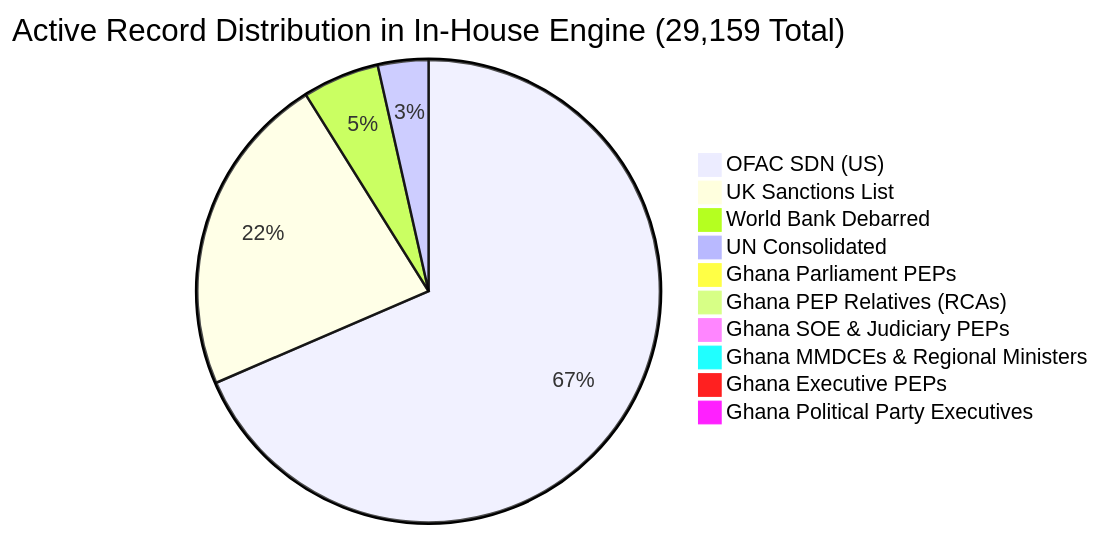
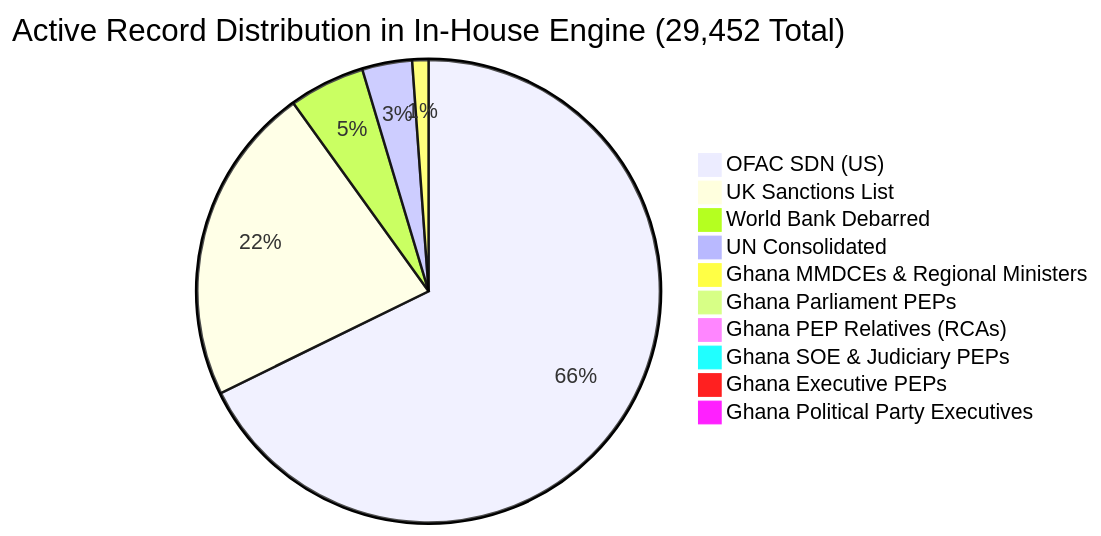
The first of 4 diagrams in SCREENING_MODULE_PRESENTATION.md (Kwasi-itc/New-fraud-system), drawn with Mermaid before and after one commit. The commit also changed other lines of this file and 4 other files, not shown here.

Commit message:
feat(screening): expand subnational PEPs to all 261 MMDCEs across Ghana

````diff
--- a/SCREENING_MODULE_PRESENTATION.md
+++ b/SCREENING_MODULE_PRESENTATION.md
@@ -53,13 +53,13 @@
 ```mermaid
-pie title Active Record Distribution in In-House Engine (29,159 Total)
+pie title Active Record Distribution in In-House Engine (29,452 Total)
     "OFAC SDN (US)" : 19565
     "UK Sanctions List" : 6449
     "World Bank Debarred" : 1530
     "UN Consolidated" : 1007
+    "Ghana MMDCEs & Regional Ministers" : 328
     "Ghana Parliament PEPs" : 278
     "Ghana PEP Relatives (RCAs)" : 190
     "Ghana SOE & Judiciary PEPs" : 50
-    "Ghana MMDCEs & Regional Ministers" : 35
     "Ghana Executive PEPs" : 30
     "Ghana Political Party Executives" : 25
 ```
````
